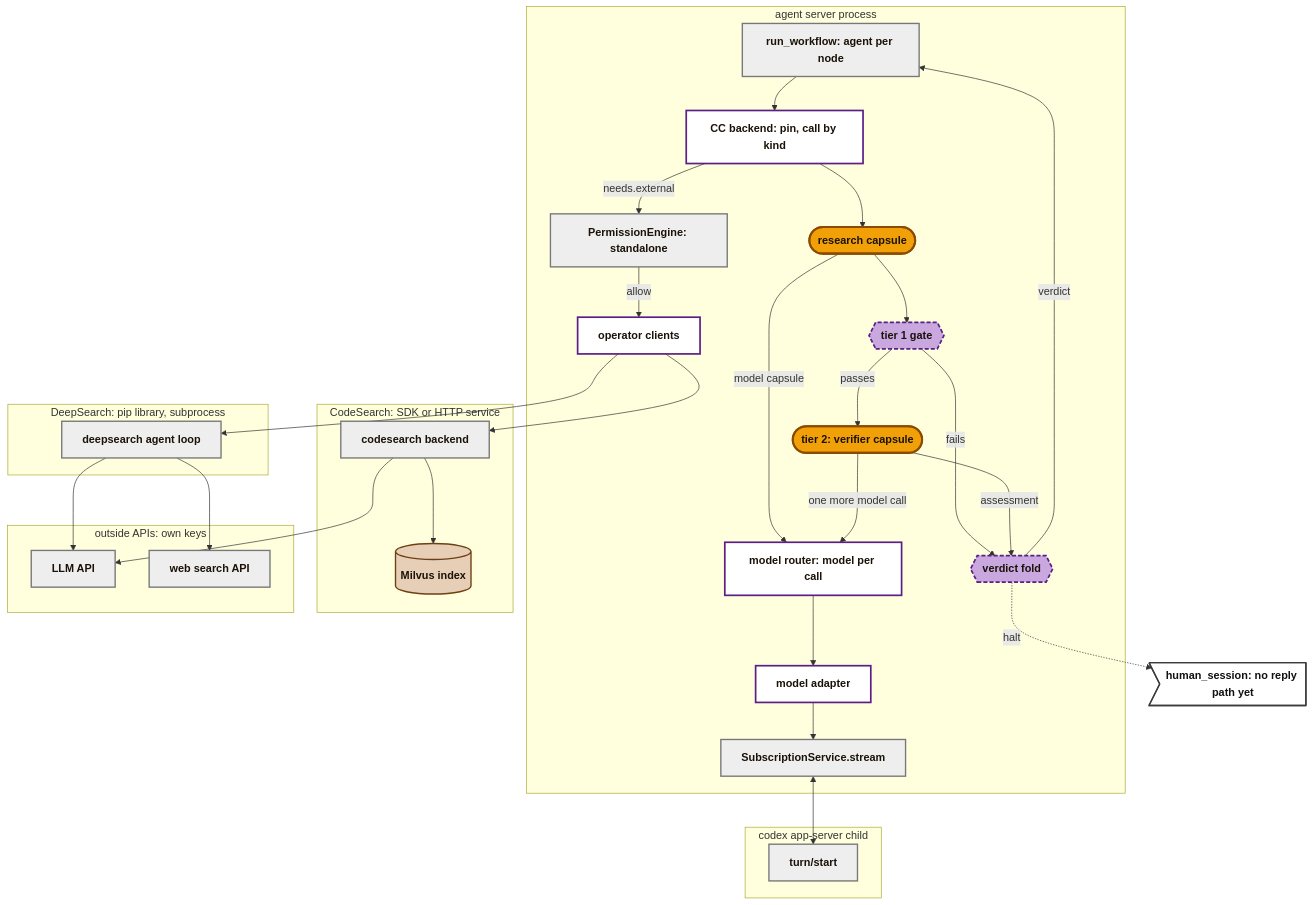
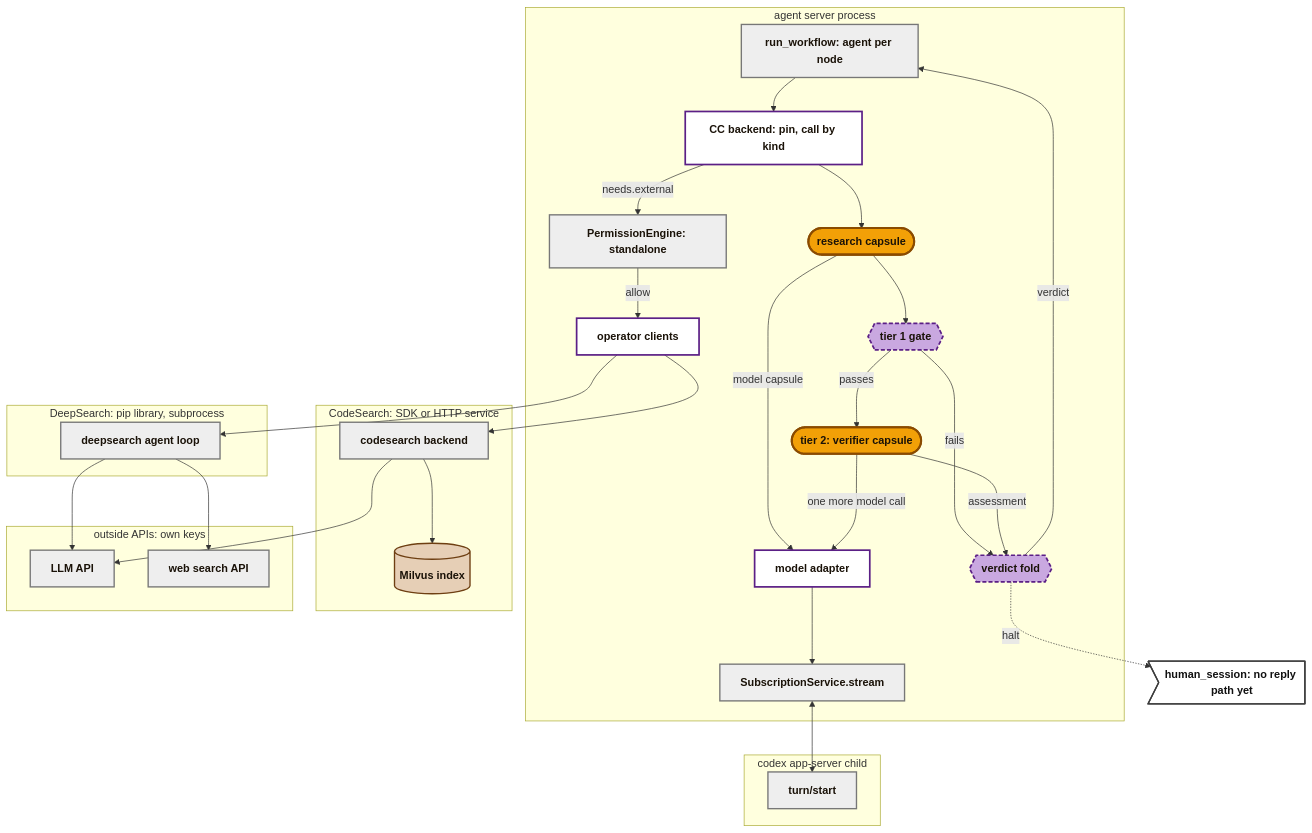
The sixth of 6 diagrams in docs/architecture/m1-design.md (Stellven/jiuwenswarm), drawn with Mermaid before and after one commit. The commit also changed other lines of this file and 24 other files, not shown here.

Commit message:
Add core schemas and keep models out of the capsule layer

````diff
--- a/docs/architecture/m1-design.md
+++ b/docs/architecture/m1-design.md
@@ -308,51 +306,50 @@
 ```mermaid
 flowchart TB
     subgraph AS["agent server process"]
         ENG["run_workflow: agent per node"]:::js
         BK["CC backend: pin, call by kind"]:::ctrl
         C(["research capsule"]):::cc
         T1{{"tier 1 gate"}}:::gate
         T2(["tier 2: verifier capsule"]):::cc
         V{{"verdict fold"}}:::gate
-        RTR["model router: model per call"]:::ctrl
         MA["model adapter"]:::ctrl
         SVC["SubscriptionService.stream"]:::js
         PE["PermissionEngine: standalone"]:::js
         OPC["operator clients"]:::ctrl
     end
     subgraph CX["codex app-server child"]
         APP["turn/start"]:::js
     end
     subgraph DS["DeepSearch: pip library, subprocess"]
         DSL["deepsearch agent loop"]:::js
     end
     subgraph CS["CodeSearch: SDK or HTTP service"]
         CSS["codesearch backend"]:::js
         MIL[("Milvus index")]:::rec
     end
     subgraph KEYS["outside APIs: own keys"]
         LLM["LLM API"]:::js
         WSE["web search API"]:::js
     end
     HS>"human_session: no reply path yet"]:::ext
 
     ENG --> BK --> C
-    C -->|"model capsule"| RTR
-    C --> T1 -->|"passes"| T2 -->|"one more model call"| RTR
+    C -->|"model capsule"| MA
+    C --> T1 -->|"passes"| T2 -->|"one more model call"| MA
     T1 -->|"fails"| V
     T2 -->|"assessment"| V
     V -->|"verdict"| ENG
     V -.->|"halt"| HS
-    RTR --> MA --> SVC <--> APP
+    MA --> SVC <--> APP
     BK -->|"needs.external"| PE -->|"allow"| OPC
     OPC --> DSL --> LLM & WSE
     OPC --> CSS --> MIL
     CSS --> LLM
 
     classDef js fill:#EEEEEE,stroke:#777777,stroke-width:2px,color:#1a1208,font-weight:bold
     classDef ctrl fill:#ffffff,stroke:#5B1F86,stroke-width:2.5px,color:#1a1208,font-weight:bold
     classDef gate fill:#C9A8E0,stroke:#5B1F86,stroke-width:2.5px,stroke-dasharray:6 3,color:#1a1208,font-weight:bold
     classDef cc fill:#F2A007,stroke:#8A4B00,stroke-width:3px,color:#1a1208,font-weight:bold
     classDef rec fill:#E6CFB6,stroke:#6E3F12,stroke-width:2px,color:#1a1208,font-weight:bold
     classDef ext fill:#ffffff,stroke:#3b3b3b,stroke-width:2px,color:#111111,font-weight:bold
 ```
````
